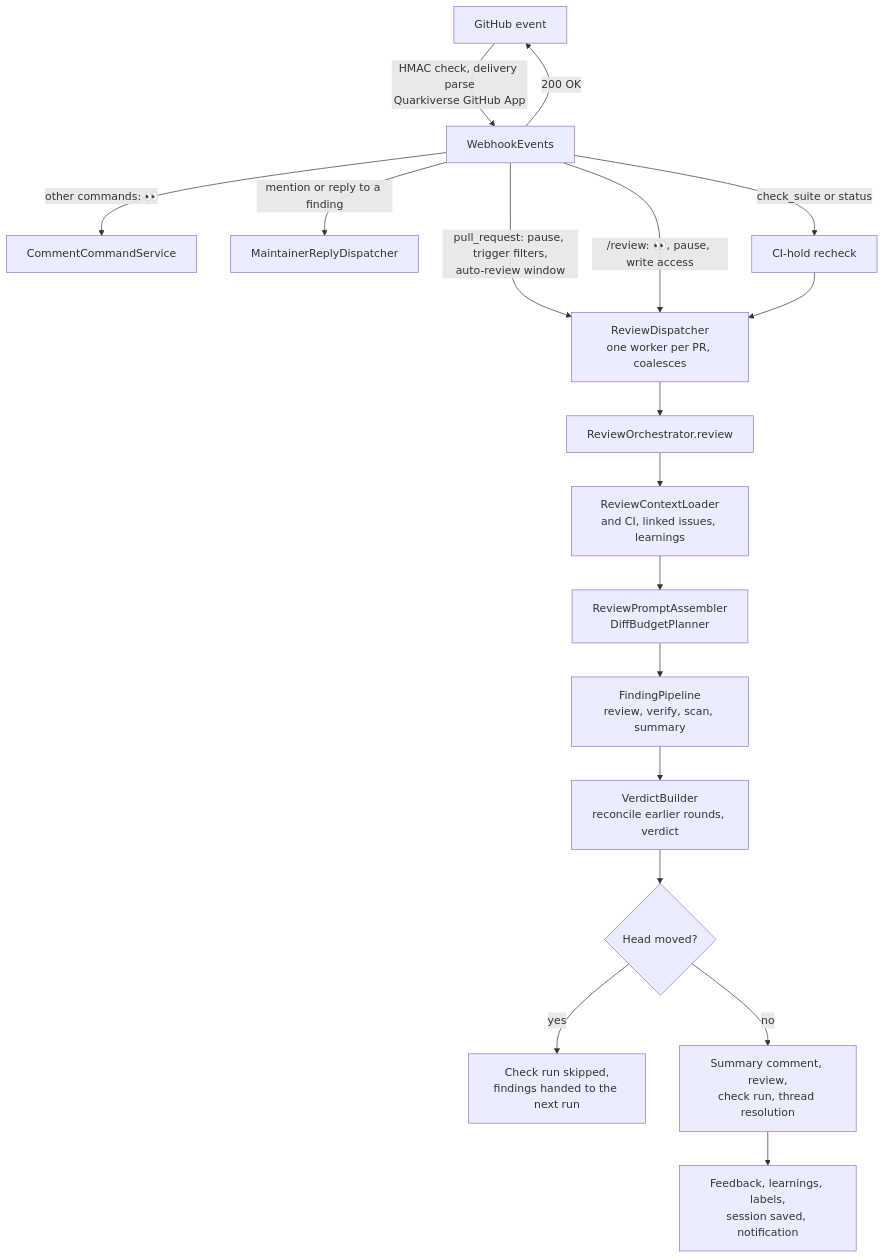
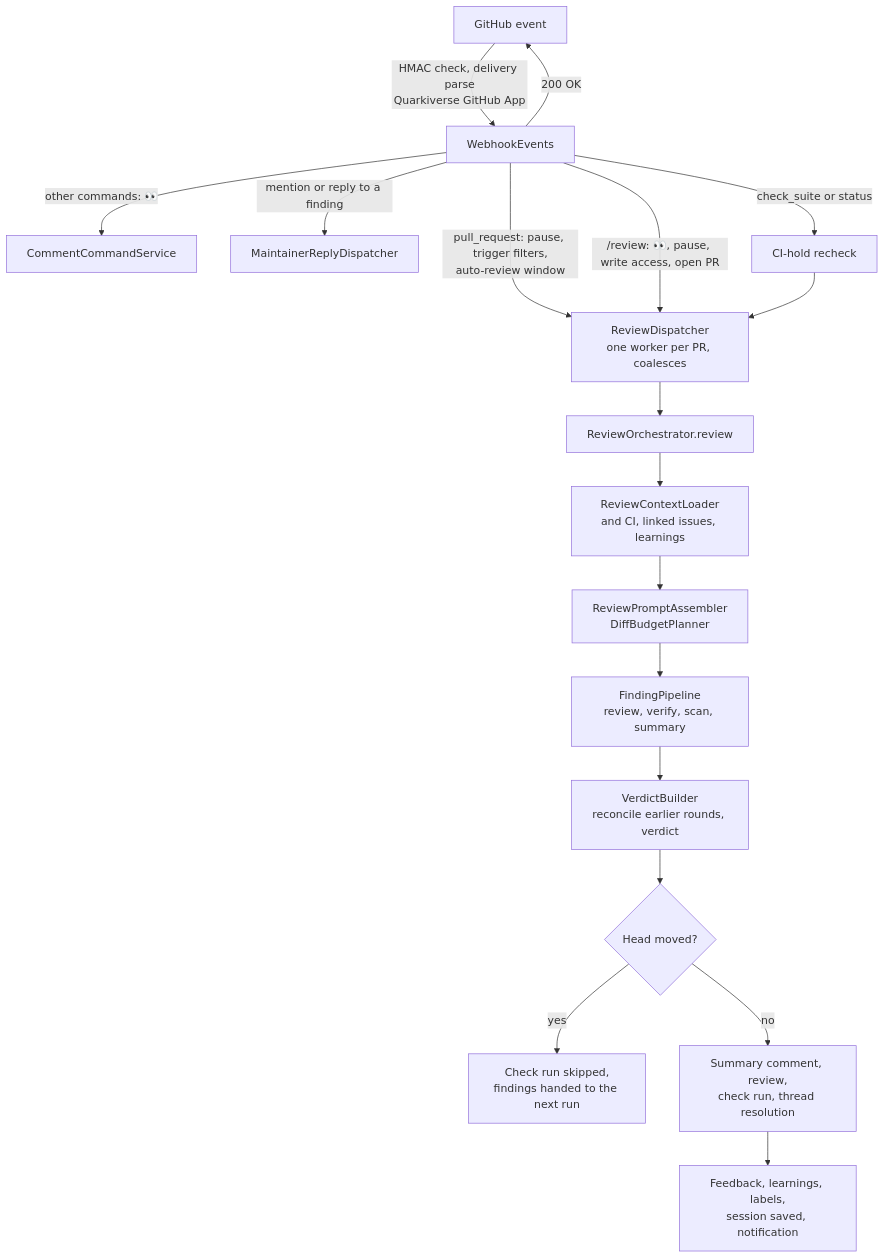
Before and after one commit to devops-thiago/ThrillhouseBot: the second of 4 diagrams in docs/ARCHITECTURE.md, drawn with Mermaid. The commit also changed other lines of this file and 8 other files, not shown here.

````diff
--- a/docs/ARCHITECTURE.md
+++ b/docs/ARCHITECTURE.md
@@ -54,20 +54,20 @@
 ```mermaid
 flowchart TD
     GH[GitHub event] -->|HMAC check, delivery parse<br/>Quarkiverse GitHub App| WH[WebhookEvents]
     WH -->|pull_request: pause, trigger filters,<br/>auto-review window| DSP
-    WH -->|/review: 👀, pause, write access| DSP
+    WH -->|/review: 👀, pause, write access, open PR| DSP
     WH -->|other commands: 👀| CMD[CommentCommandService]
     WH -->|mention or reply to a finding| REP[MaintainerReplyDispatcher]
     WH -->|check_suite or status| CIR[CI-hold recheck]
     WH -->|200 OK| GH
     CIR --> DSP
     DSP[ReviewDispatcher<br/>one worker per PR, coalesces] --> RO[ReviewOrchestrator.review]
     RO --> CTX[ReviewContextLoader<br/>and CI, linked issues, learnings]
     CTX --> PLAN[ReviewPromptAssembler<br/>DiffBudgetPlanner]
     PLAN --> FP[FindingPipeline<br/>review, verify, scan, summary]
     FP --> VB[VerdictBuilder<br/>reconcile earlier rounds, verdict]
     VB --> HM{Head moved?}
     HM -->|yes| SKIP[Check run skipped,<br/>findings handed to the next run]
     HM -->|no| PUB[Summary comment, review,<br/>check run, thread resolution]
     PUB --> POST[Feedback, learnings, labels,<br/>session saved, notification]
 ```
````
